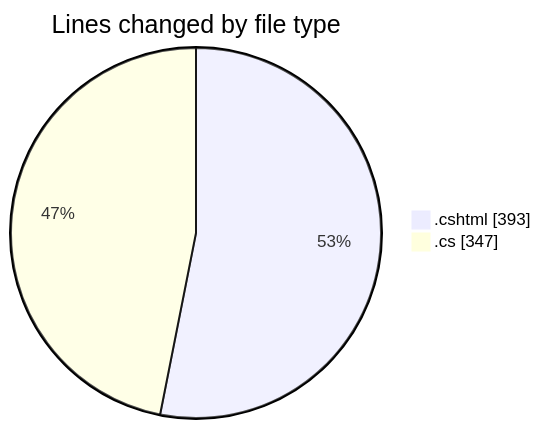
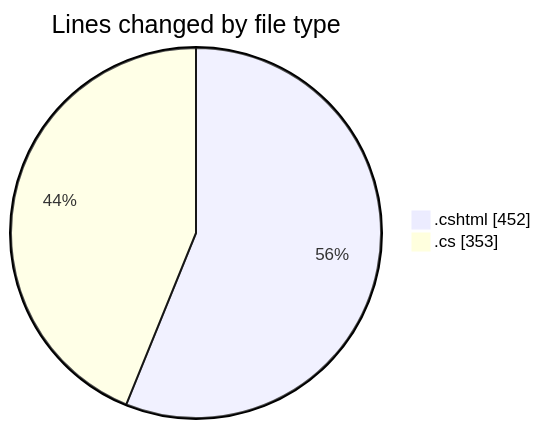
One commit to lephambinh05/code-tracking changed the first of 2 diagrams in 2025-07-17/nhahang/README.md. Above: the diagram before and after it, drawn with Mermaid. The commit also changed other lines of this file and 1 other file, not shown here.

````diff
--- a/2025-07-17/nhahang/README.md
+++ b/2025-07-17/nhahang/README.md
@@ -32,6 +32,6 @@
 ```mermaid
 pie showData
 title Lines changed by file type
-".cshtml" : 393
-".cs" : 347
+".cshtml" : 452
+".cs" : 353
 ```
````
